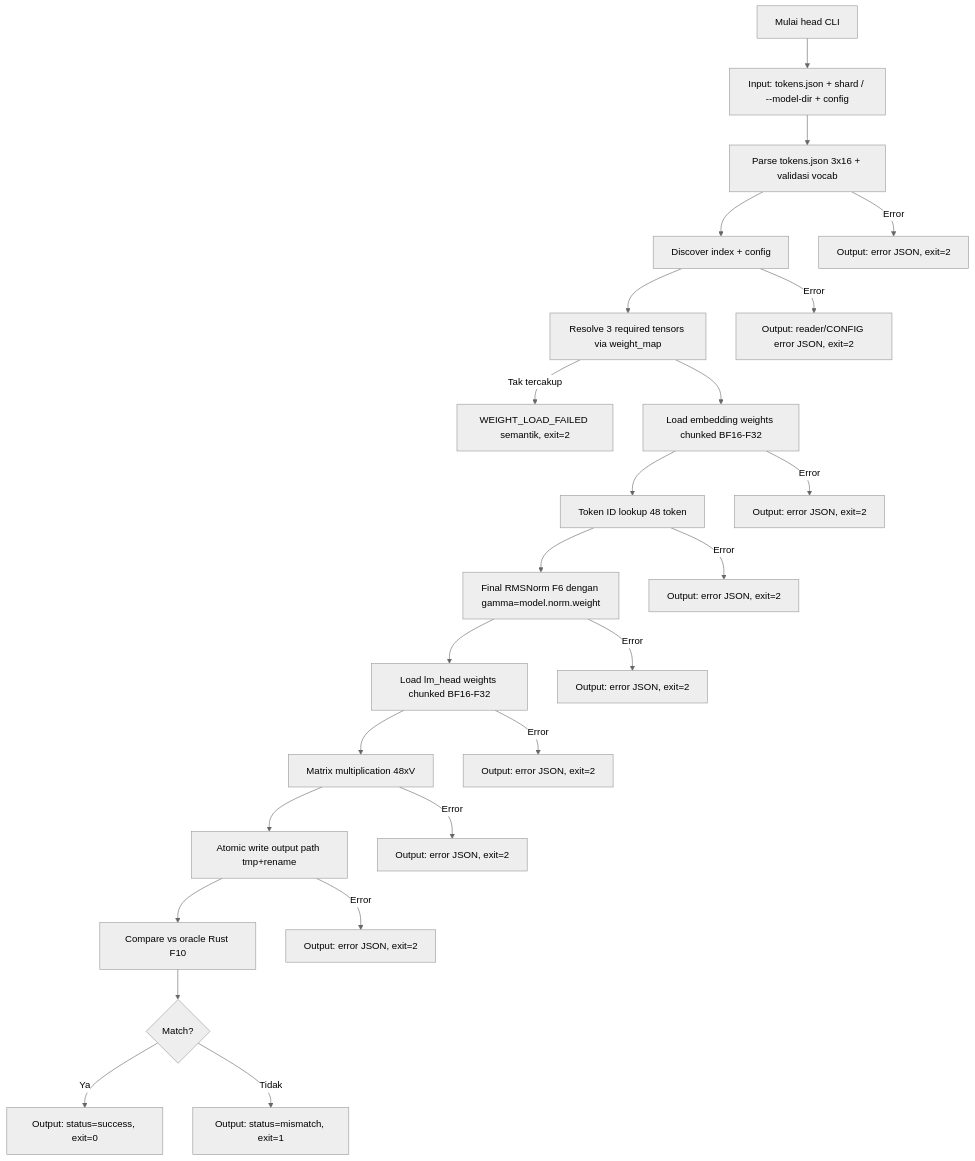
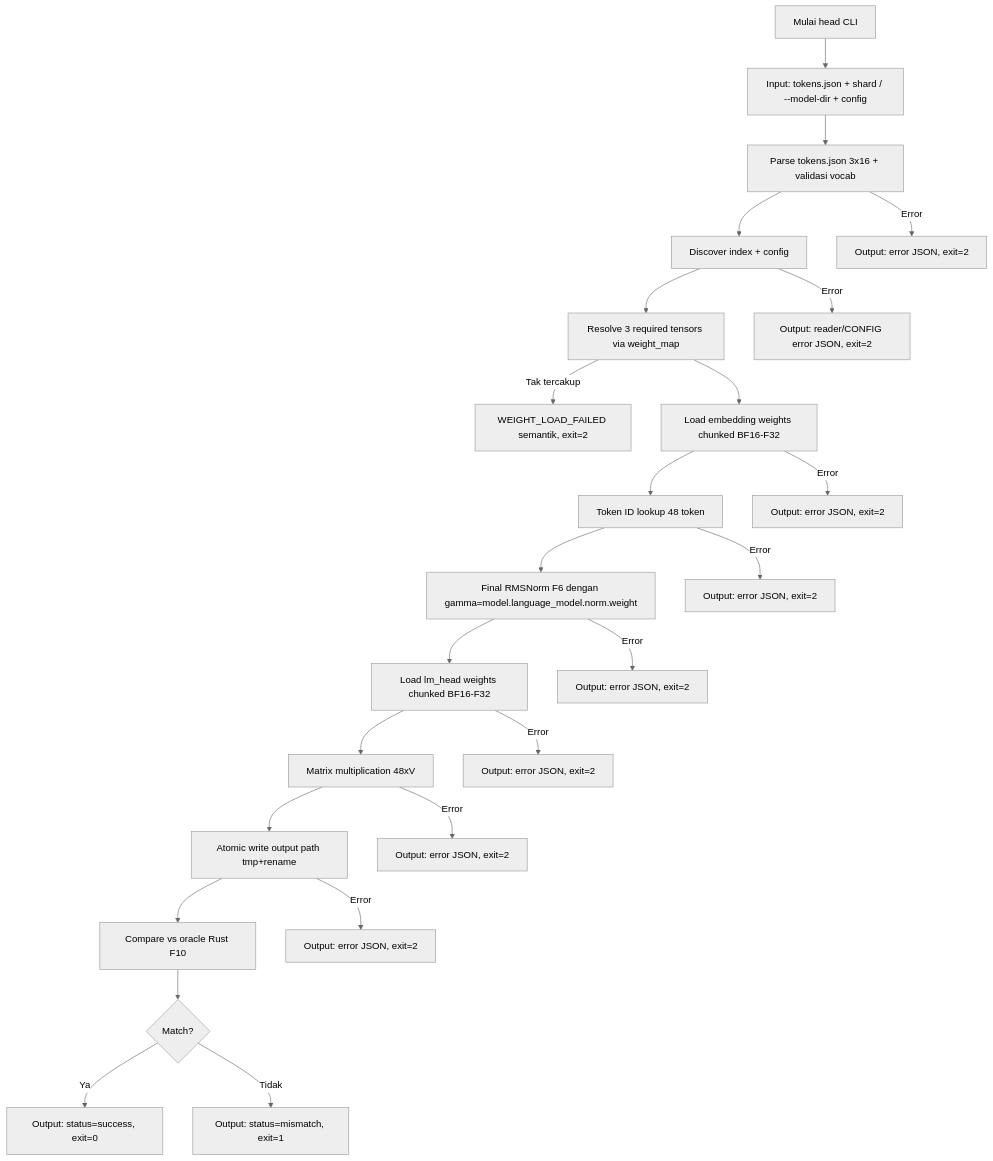
Before and after one commit to will2469/disk-streaming-moe-engine: the diagram in docs/milestones/M1-head-path.md, drawn with Mermaid (neutral theme). The commit also changed other lines of this file and 22 other files, not shown here.

````diff
--- a/docs/milestones/M1-head-path.md
+++ b/docs/milestones/M1-head-path.md
@@ -351,26 +352,26 @@
 ```mermaid
 flowchart TB
     START[Mulai head CLI] --> INPUT[Input: tokens.json + shard / --model-dir + config]
     INPUT --> PARSET[Parse tokens.json 3x16 + validasi vocab]
     PARSET --> DISCOVER[Discover index + config]
     DISCOVER --> RESOLVE[Resolve 3 required tensors via weight_map]
     RESOLVE -->|Tak tercakup| ERRS[WEIGHT_LOAD_FAILED semantik, exit=2]
     RESOLVE --> LOADE[Load embedding weights chunked BF16-F32]
     LOADE --> LOOKUP[Token ID lookup 48 token]
-    LOOKUP --> NORM[Final RMSNorm F6 dengan gamma=model.norm.weight]
+    LOOKUP --> NORM[Final RMSNorm F6 dengan gamma=model.language_model.norm.weight]
     NORM --> LOADL[Load lm_head weights chunked BF16-F32]
     LOADL --> MATMUL[Matrix multiplication 48xV]
     MATMUL --> WRITE[Atomic write output path tmp+rename]
     WRITE --> COMPARE[Compare vs oracle Rust F10]
     COMPARE --> CHECK{Match?}
     CHECK -->|Ya| SUCCESS[Output: status=success, exit=0]
     CHECK -->|Tidak| MISMATCH[Output: status=mismatch, exit=1]
     PARSET -->|Error| ERROR1[Output: error JSON, exit=2]
     DISCOVER -->|Error| ERROR0[Output: reader/CONFIG error JSON, exit=2]
     LOADE -->|Error| ERROR2[Output: error JSON, exit=2]
     LOOKUP -->|Error| ERROR3[Output: error JSON, exit=2]
     NORM -->|Error| ERROR4[Output: error JSON, exit=2]
     LOADL -->|Error| ERROR5[Output: error JSON, exit=2]
     MATMUL -->|Error| ERROR6[Output: error JSON, exit=2]
     WRITE -->|Error| ERROR7[Output: error JSON, exit=2]
 ```
````
